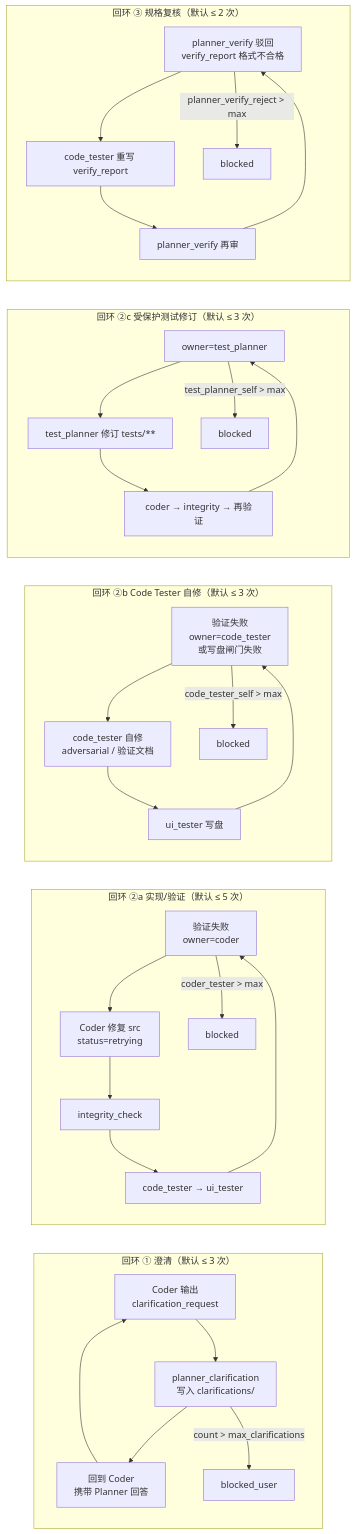
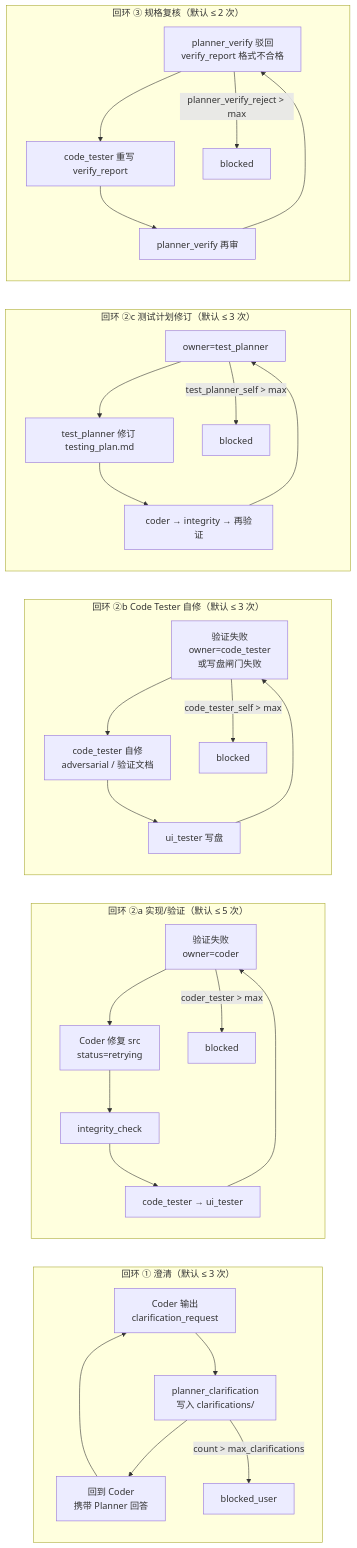
The second of 4 diagrams in README.md (ai-poet/spec-forge), drawn with Mermaid before and after one commit. The commit also changed other lines of this file, not shown here.

First line of the commit message:
docs: update README to clarify testing plan and roles in the workflow

````diff
--- a/README.md
+++ b/README.md
@@ -274,43 +274,43 @@
 ```mermaid
 flowchart LR
   subgraph loop1 ["回环 ① 澄清（默认 ≤ 3 次）"]
     direction TB
     c1["Coder 输出\nclarification_request"] --> pc1["planner_clarification\n写入 clarifications/"]
     pc1 --> c1b["回到 Coder\n携带 Planner 回答"]
     c1b --> c1
     pc1 -->|"count > max_clarifications"| bu1["blocked_user"]
   end
 
   subgraph loop2a ["回环 ②a 实现/验证（默认 ≤ 5 次）"]
     direction TB
     t2a["验证失败\nowner=coder"] --> c2["Coder 修复 src\nstatus=retrying"]
     c2 --> ic2["integrity_check"]
     ic2 --> ct2["code_tester → ui_tester"]
     ct2 --> t2a
     t2a -->|"coder_tester > max"| b2["blocked"]
   end
 
   subgraph loop2b ["回环 ②b Code Tester 自修（默认 ≤ 3 次）"]
     direction TB
     t2s["验证失败\nowner=code_tester\n或写盘闸门失败"] --> t2s2["code_tester 自修\nadversarial / 验证文档"]
     t2s2 --> uit2["ui_tester 写盘"]
     uit2 --> t2s
     t2s -->|"code_tester_self > max"| b2s["blocked"]
   end
 
-  subgraph loop2tp ["回环 ②c 受保护测试修订（默认 ≤ 3 次）"]
+  subgraph loop2tp ["回环 ②c 测试计划修订（默认 ≤ 3 次）"]
     direction TB
-    tp["owner=test_planner"] --> tp2["test_planner 修订 tests/**"]
+    tp["owner=test_planner"] --> tp2["test_planner 修订 testing_plan.md"]
     tp2 --> ctp["coder → integrity → 再验证"]
     ctp --> tp
     tp -->|"test_planner_self > max"| btp["blocked"]
   end
 
   subgraph loop3 ["回环 ③ 规格复核（默认 ≤ 2 次）"]
     direction TB
     pv3["planner_verify 驳回\nverify_report 格式不合格"] --> ct3["code_tester 重写 verify_report"]
     ct3 --> pv3b["planner_verify 再审"]
     pv3b --> pv3
     pv3 -->|"planner_verify_reject > max"| b3["blocked"]
   end
 ```
````
